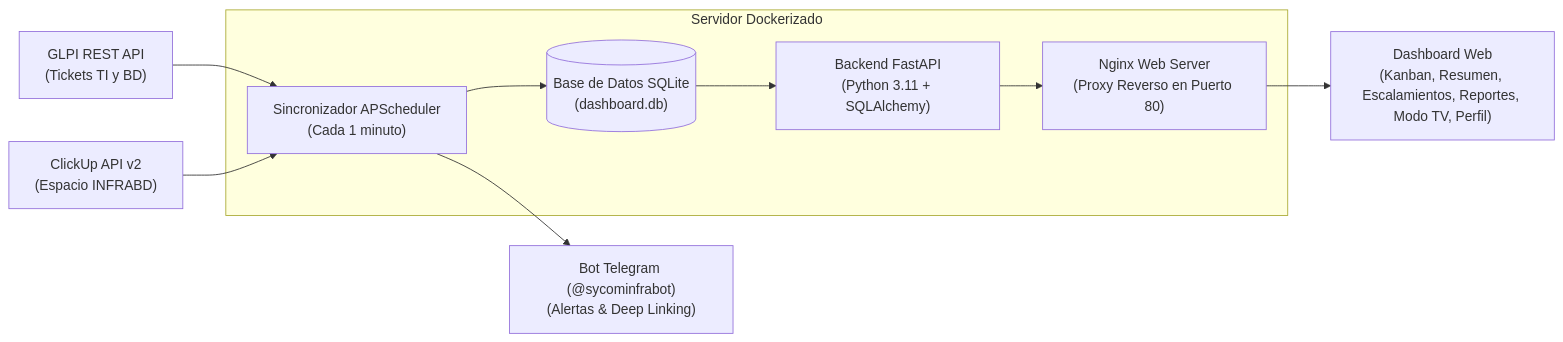
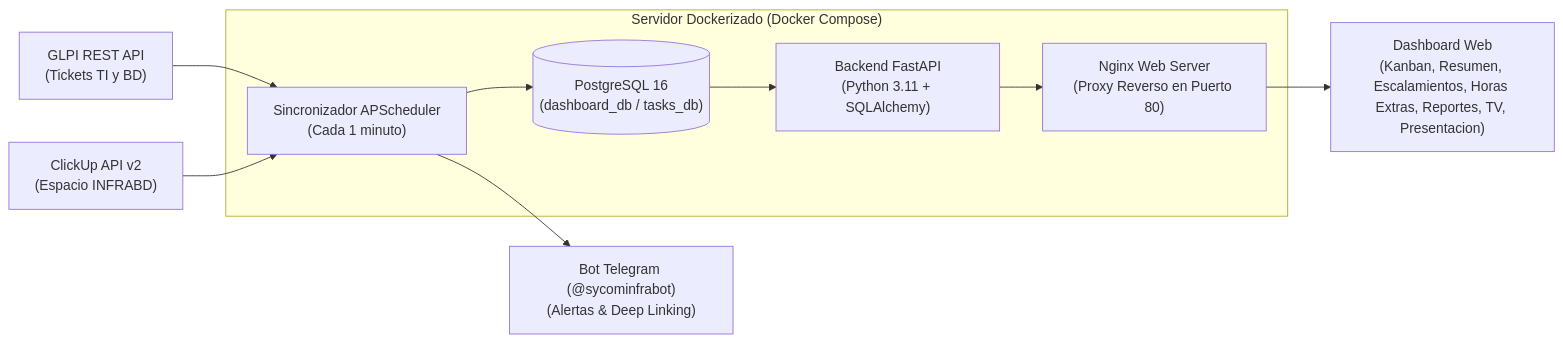
One commit to JuanFZ/infra-agenda changed the diagram in README.md. Above: the diagram before and after it, drawn with Mermaid. The commit also changed other lines of this file and 2 other files, not shown here.

Commit message:
docs: update README.md and PROPUESTA_MEJORAS_FASE2.md to v3.1.0 with PostgreSQL 16, Overtime, Heatmaps, and Slide Deck

````diff
--- a/README.md
+++ b/README.md
@@ -28,14 +32,14 @@
 ```mermaid
 flowchart LR
     GLPI["GLPI REST API<br>(Tickets TI y BD)"] --> SYNC
     CU["ClickUp API v2<br>(Espacio INFRABD)"] --> SYNC
     
-    subgraph Docker ["Servidor Dockerizado"]
-        SYNC["Sincronizador APScheduler<br>(Cada 1 minuto)"] --> DB[("Base de Datos SQLite<br>(dashboard.db)")]
+    subgraph Docker ["Servidor Dockerizado (Docker Compose)"]
+        SYNC["Sincronizador APScheduler<br>(Cada 1 minuto)"] --> DB[("PostgreSQL 16<br>(dashboard_db / tasks_db)")]
         DB --> API["Backend FastAPI<br>(Python 3.11 + SQLAlchemy)"]
         API --> NGINX["Nginx Web Server<br>(Proxy Reverso en Puerto 80)"]
     end
     
     SYNC --> TG["Bot Telegram (@sycominfrabot)<br>(Alertas & Deep Linking)"]
-    NGINX --> DASH["Dashboard Web<br>(Kanban, Resumen, Escalamientos, Reportes, Modo TV, Perfil)"]
+    NGINX --> DASH["Dashboard Web<br>(Kanban, Resumen, Escalamientos, Horas Extras, Reportes, TV, Presentacion)"]
 ```
````
